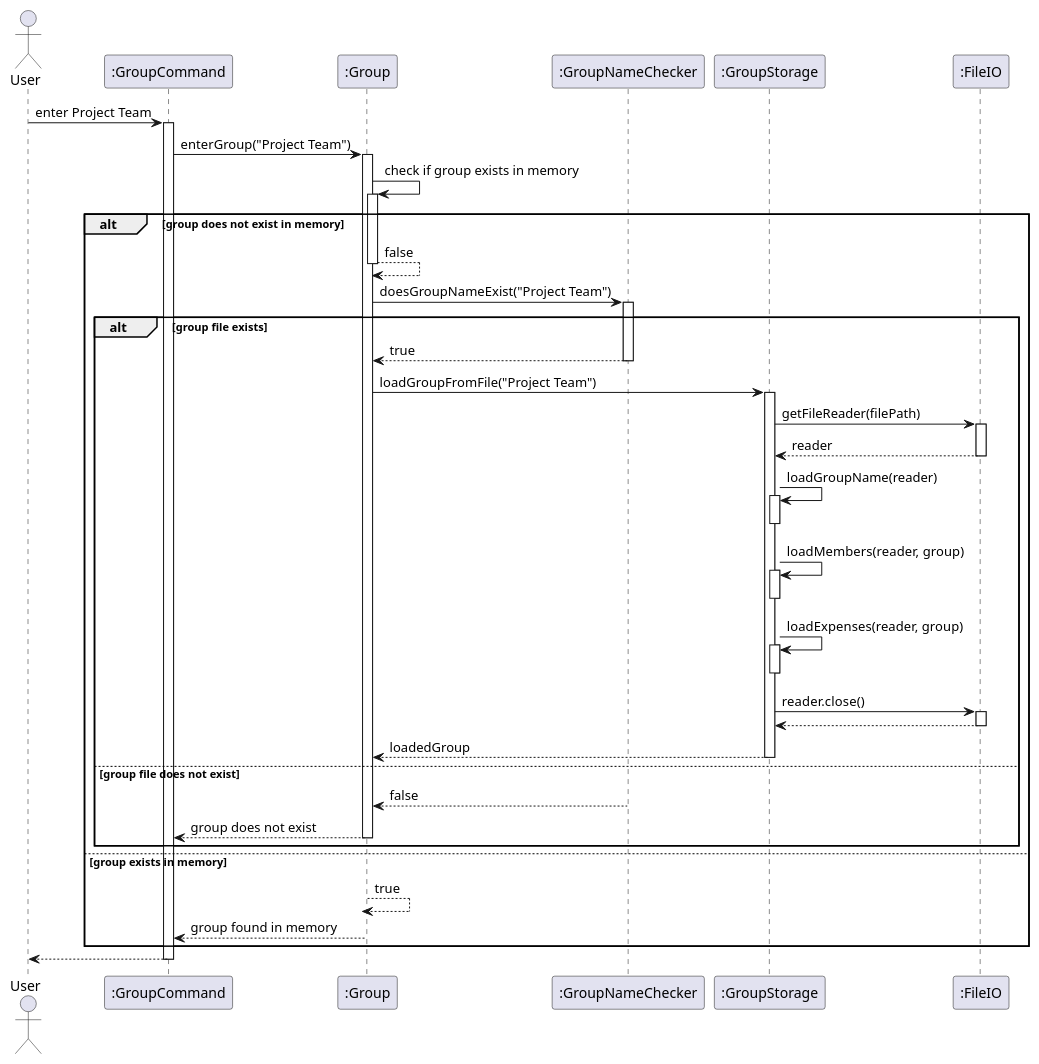
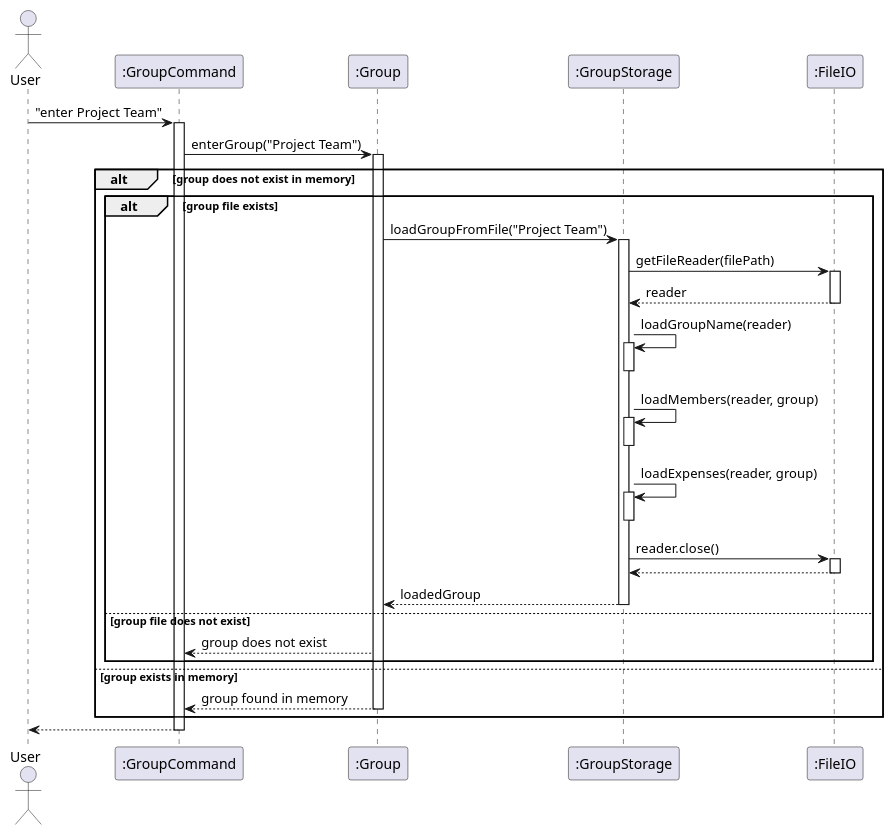
One commit to mukund1403/tp changed the diagram in docs/diagrams/groupStorage2.puml. Above: the diagram before and after it, drawn with PlantUML. The commit also changed 1 other file, not shown here.

```diff
--- a/docs/diagrams/groupStorage2.puml
+++ b/docs/diagrams/groupStorage2.puml
@@ -1,71 +1,57 @@
 @startuml
 actor User
 participant ":GroupCommand" as GroupCommand
 participant ":Group" as Group
-participant ":GroupNameChecker" as GroupNameChecker
 participant ":GroupStorage" as GroupStorage
 participant ":FileIO" as FileIO
 
-User -> GroupCommand: enter Project Team
+User -> GroupCommand: "enter Project Team"
 activate GroupCommand
 
 GroupCommand -> Group: enterGroup("Project Team")
 activate Group
 
-Group -> Group: check if group exists in memory
-activate Group
 alt group does not exist in memory
-    Group --> Group: false
-    deactivate Group
 
-    Group -> GroupNameChecker: doesGroupNameExist("Project Team")
-    activate GroupNameChecker
     alt group file exists
-        GroupNameChecker --> Group: true
-        deactivate GroupNameChecker
 
         Group -> GroupStorage: loadGroupFromFile("Project Team")
         activate GroupStorage
 
         GroupStorage -> FileIO: getFileReader(filePath)
         activate FileIO
         FileIO --> GroupStorage: reader
         deactivate FileIO
 
         GroupStorage -> GroupStorage: loadGroupName(reader)
         activate GroupStorage
         deactivate GroupStorage
 
         GroupStorage -> GroupStorage: loadMembers(reader, group)
         activate GroupStorage
         deactivate GroupStorage
 
         GroupStorage -> GroupStorage: loadExpenses(reader, group)
         activate GroupStorage
         deactivate GroupStorage
 
         GroupStorage -> FileIO: reader.close()
         activate FileIO
         FileIO --> GroupStorage
         deactivate FileIO
 
         GroupStorage --> Group: loadedGroup
         deactivate GroupStorage
     else group file does not exist
-        GroupNameChecker --> Group: false
-        deactivate GroupNameChecker
 
         Group --> GroupCommand: group does not exist
-        deactivate Group
     end
 else group exists in memory
-    Group --> Group: true
-    deactivate Group
 
     Group --> GroupCommand: group found in memory
     deactivate Group
 end
 
 GroupCommand --> User
 deactivate GroupCommand
 @enduml
```
